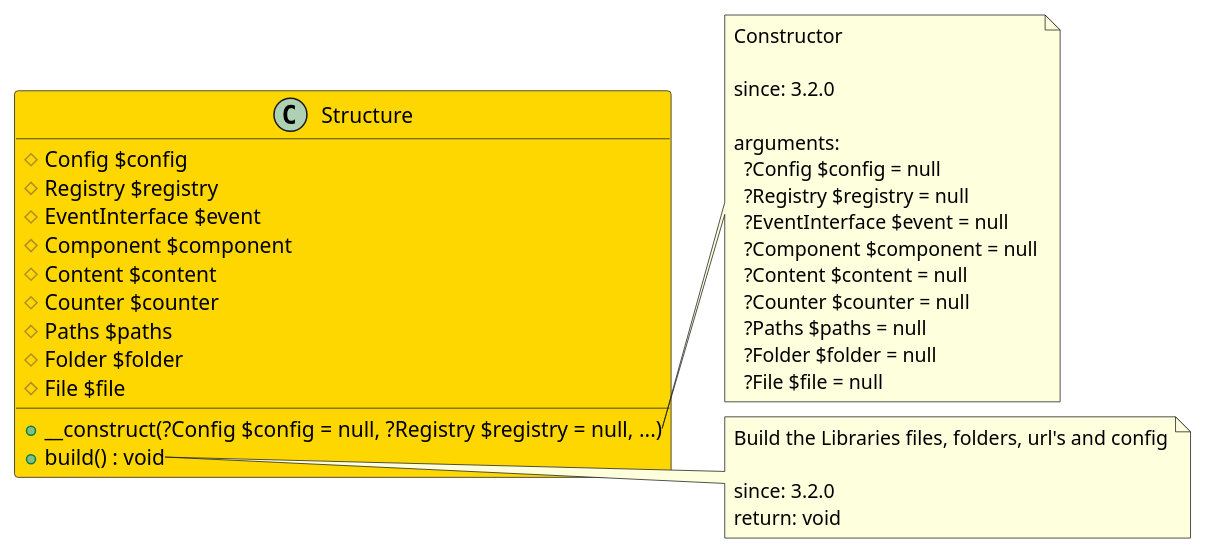
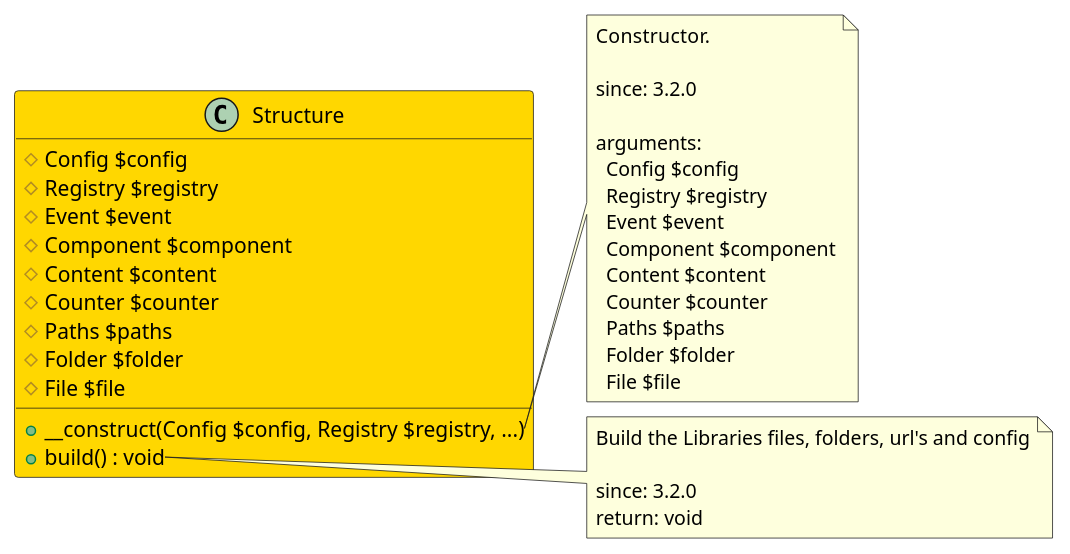
Before and after one commit to joomengine/jcb-compiler: the diagram in src/d3ce5763-4d00-4245-a175-54fc2e80e9b7/README.md, drawn with PlantUML. The commit also changed 272 other files, not shown here.

````diff
--- a/src/d3ce5763-4d00-4245-a175-54fc2e80e9b7/README.md
+++ b/src/d3ce5763-4d00-4245-a175-54fc2e80e9b7/README.md
@@ -11,42 +11,42 @@
 ```uml
 @startuml
 class Structure  #Gold {
   # Config $config
   # Registry $registry
-  # EventInterface $event
+  # Event $event
   # Component $component
   # Content $content
   # Counter $counter
   # Paths $paths
   # Folder $folder
   # File $file
-  + __construct(?Config $config = null, ?Registry $registry = null, ...)
+  + __construct(Config $config, Registry $registry, ...)
   + build() : void
 }
 
 note right of Structure::__construct
-  Constructor
+  Constructor.
 
   since: 3.2.0
   
   arguments:
-    ?Config $config = null
-    ?Registry $registry = null
-    ?EventInterface $event = null
-    ?Component $component = null
-    ?Content $content = null
-    ?Counter $counter = null
-    ?Paths $paths = null
-    ?Folder $folder = null
-    ?File $file = null
+    Config $config
+    Registry $registry
+    Event $event
+    Component $component
+    Content $content
+    Counter $counter
+    Paths $paths
+    Folder $folder
+    File $file
 end note
 
 note right of Structure::build
   Build the Libraries files, folders, url's and config
 
   since: 3.2.0
   return: void
 end note
  
 @enduml
 ```
````
